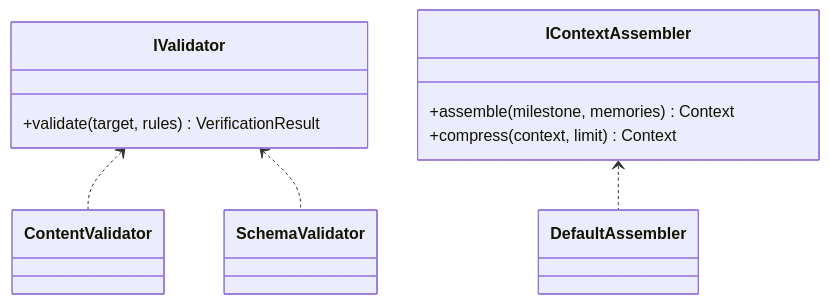
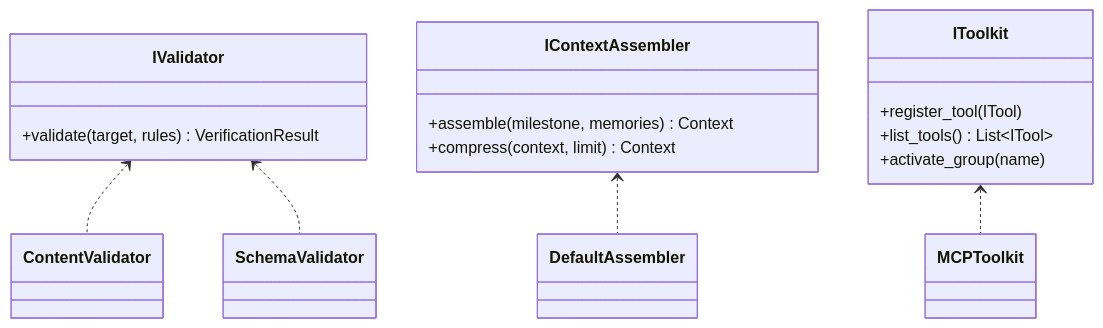
Before and after one commit to clowder-labs/Deterministic-Agent-Runtime-Engine: the third of 3 diagrams in doc/design/Architecture_Final_Review_v1.1.md, drawn with Mermaid. The commit also changed other lines of this file, not shown here.

Commit message:
docs: refine tool execution architecture and update state machine pseudo-code

````diff
--- a/doc/design/Architecture_Final_Review_v1.1.md
+++ b/doc/design/Architecture_Final_Review_v1.1.md
@@ -170,13 +175,19 @@
 ```mermaid
 classDiagram
     class IValidator {
         +validate(target, rules) VerificationResult
     }
     class IContextAssembler {
         +assemble(milestone, memories) Context
         +compress(context, limit) Context
     }
+    class IToolkit {
+        +register_tool(ITool)
+        +list_tools() List~ITool~
+        +activate_group(name)
+    }
     IValidator <.. ContentValidator
     IValidator <.. SchemaValidator
     IContextAssembler <.. DefaultAssembler
+    IToolkit <.. MCPToolkit
 ```
````
